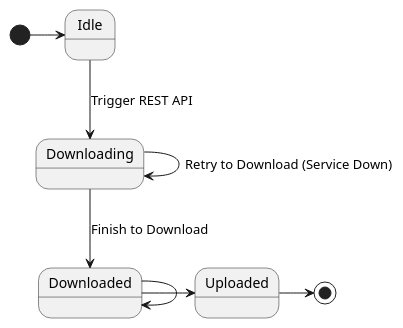
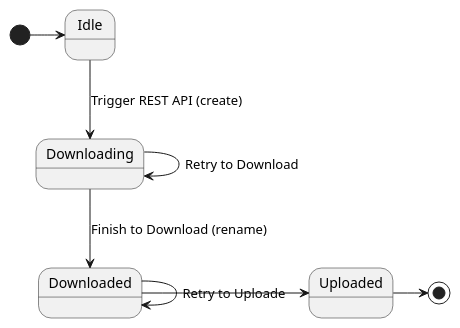
Before and after one commit to yanghoon/obsidian-workspace: the diagram in _diary/2024-06-21.md, drawn with PlantUML.

Commit message:
vault backup: 2024-06-23 19:46:33

````diff
--- a/_diary/2024-06-21.md
+++ b/_diary/2024-06-21.md
@@ -52,15 +52,16 @@
 ```plantuml
 @startuml
 
 [*] -> Idle
-Idle --> Downloading : Trigger REST API
+Idle --> Downloading : Trigger REST API (create)
 
 ' Downloading : Create file with suffix "downloading"
-Downloading --> Downloading : Retry to Download (Service Down)
-Downloading --> Downloaded : Finish to Download
-Downloaded --> Downloaded
+Downloading --> Downloading : Retry to Download
+Downloading --> Downloaded : Finish to Download (rename)
+
+Downloaded --> Downloaded : Retry to Uploade
 Downloaded -> Uploaded
 Uploaded ->[*] 
 
 @enduml
 ```
````
